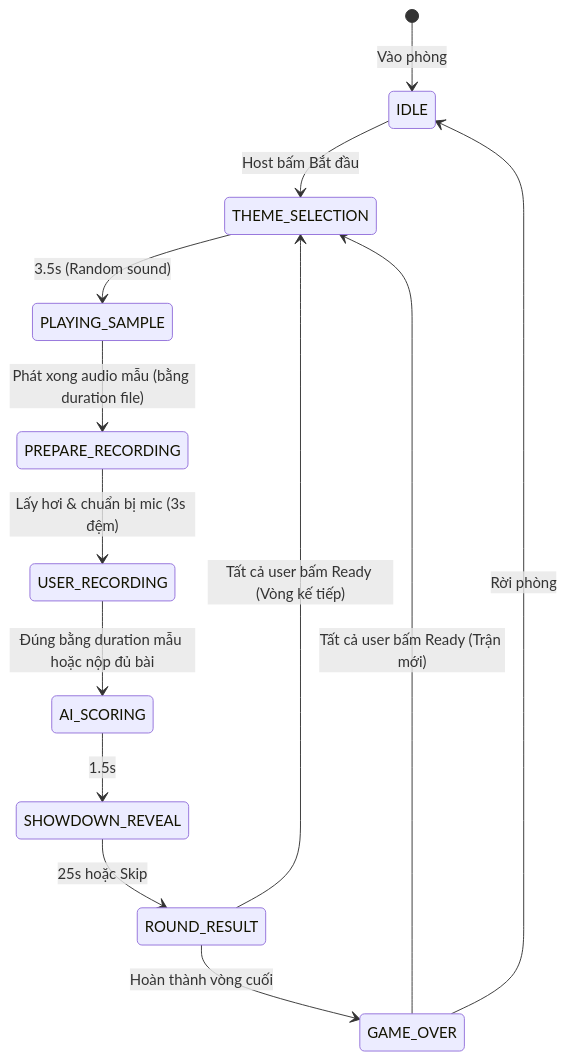
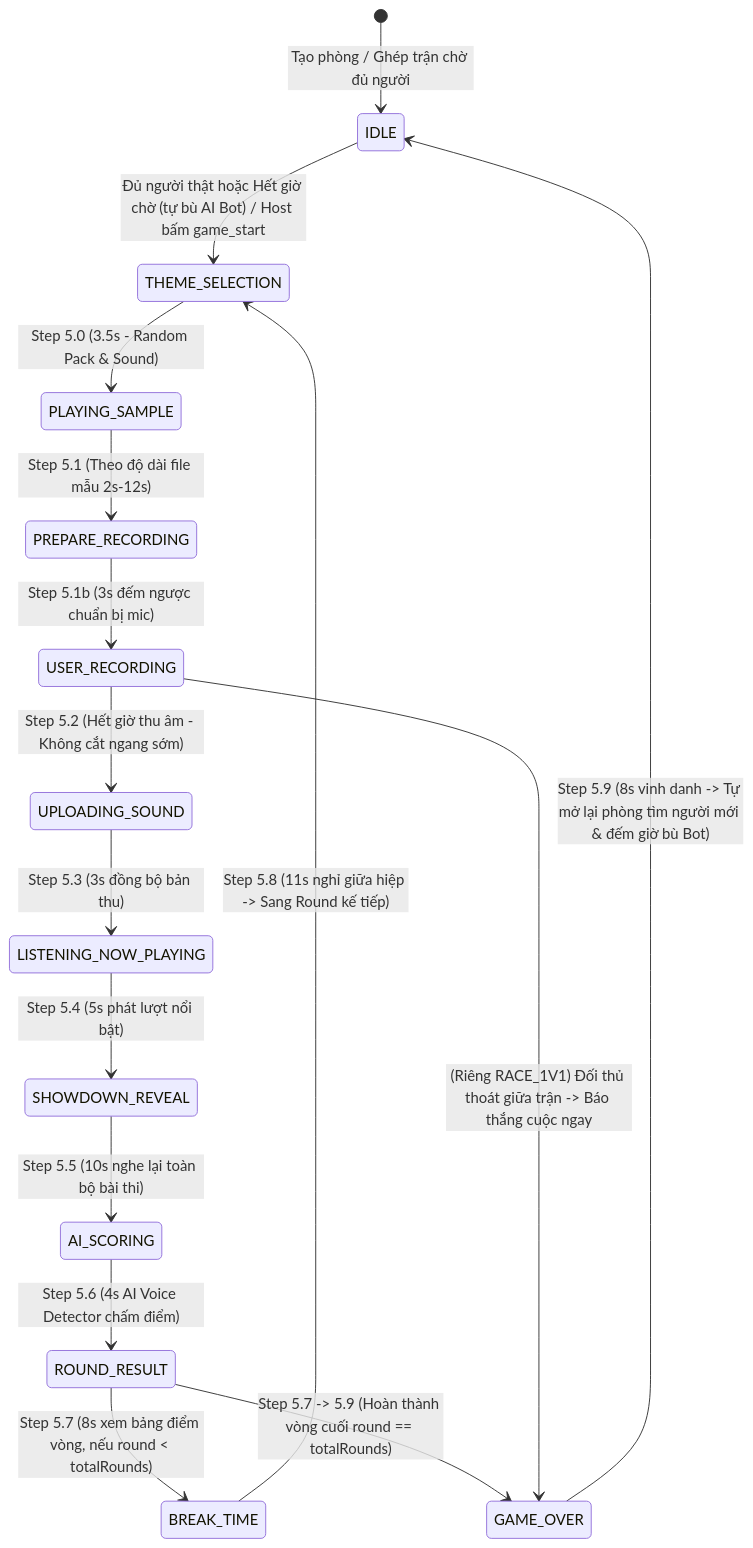
One commit to lehaidanggg/Backend-MicMixFun changed the diagram in API_DOCS.md. Above: the diagram before and after it, drawn with Mermaid. The commit also changed other lines of this file and 21 other files, not shown here.

````diff
--- a/API_DOCS.md
+++ b/API_DOCS.md
@@ -49,15 +94,18 @@
 ```mermaid
 stateDiagram-v2
-    [*] --> IDLE : Vào phòng
-    IDLE --> THEME_SELECTION : Host bấm Bắt đầu
-    THEME_SELECTION --> PLAYING_SAMPLE : 3.5s (Random sound)
-    PLAYING_SAMPLE --> PREPARE_RECORDING : Phát xong audio mẫu (bằng duration file)
-    PREPARE_RECORDING --> USER_RECORDING : Lấy hơi & chuẩn bị mic (3s đệm)
-    USER_RECORDING --> AI_SCORING : Đúng bằng duration mẫu hoặc nộp đủ bài
-    AI_SCORING --> SHOWDOWN_REVEAL : 1.5s
-    SHOWDOWN_REVEAL --> ROUND_RESULT : 25s hoặc Skip
-    ROUND_RESULT --> THEME_SELECTION : Tất cả user bấm Ready (Vòng kế tiếp)
-    ROUND_RESULT --> GAME_OVER : Hoàn thành vòng cuối
-    GAME_OVER --> THEME_SELECTION : Tất cả user bấm Ready (Trận mới)
-    GAME_OVER --> IDLE : Rời phòng
+    [*] --> IDLE : Tạo phòng / Ghép trận chờ đủ người
+    IDLE --> THEME_SELECTION : Đủ người thật hoặc Hết giờ chờ (tự bù AI Bot) / Host bấm game_start
+    THEME_SELECTION --> PLAYING_SAMPLE : Step 5.0 (3.5s - Random Pack & Sound)
+    PLAYING_SAMPLE --> PREPARE_RECORDING : Step 5.1 (Theo độ dài file mẫu 2s-12s)
+    PREPARE_RECORDING --> USER_RECORDING : Step 5.1b (3s đếm ngược chuẩn bị mic)
+    USER_RECORDING --> UPLOADING_SOUND : Step 5.2 (Hết giờ thu âm - Không cắt ngang sớm)
+    UPLOADING_SOUND --> LISTENING_NOW_PLAYING : Step 5.3 (3s đồng bộ bản thu)
+    LISTENING_NOW_PLAYING --> SHOWDOWN_REVEAL : Step 5.4 (5s phát lượt nổi bật)
+    SHOWDOWN_REVEAL --> AI_SCORING : Step 5.5 (10s nghe lại toàn bộ bài thi)
+    AI_SCORING --> ROUND_RESULT : Step 5.6 (4s AI Voice Detector chấm điểm)
+    ROUND_RESULT --> BREAK_TIME : Step 5.7 (8s xem bảng điểm vòng, nếu round < totalRounds)
+    BREAK_TIME --> THEME_SELECTION : Step 5.8 (11s nghỉ giữa hiệp -> Sang Round kế tiếp)
+    ROUND_RESULT --> GAME_OVER : Step 5.7 -> 5.9 (Hoàn thành vòng cuối round == totalRounds)
+    USER_RECORDING --> GAME_OVER : (Riêng RACE_1V1) Đối thủ thoát giữa trận -> Báo thắng cuộc ngay
+    GAME_OVER --> IDLE : Step 5.9 (8s vinh danh -> Tự mở lại phòng tìm người mới & đếm giờ bù Bot)
 ```
````
